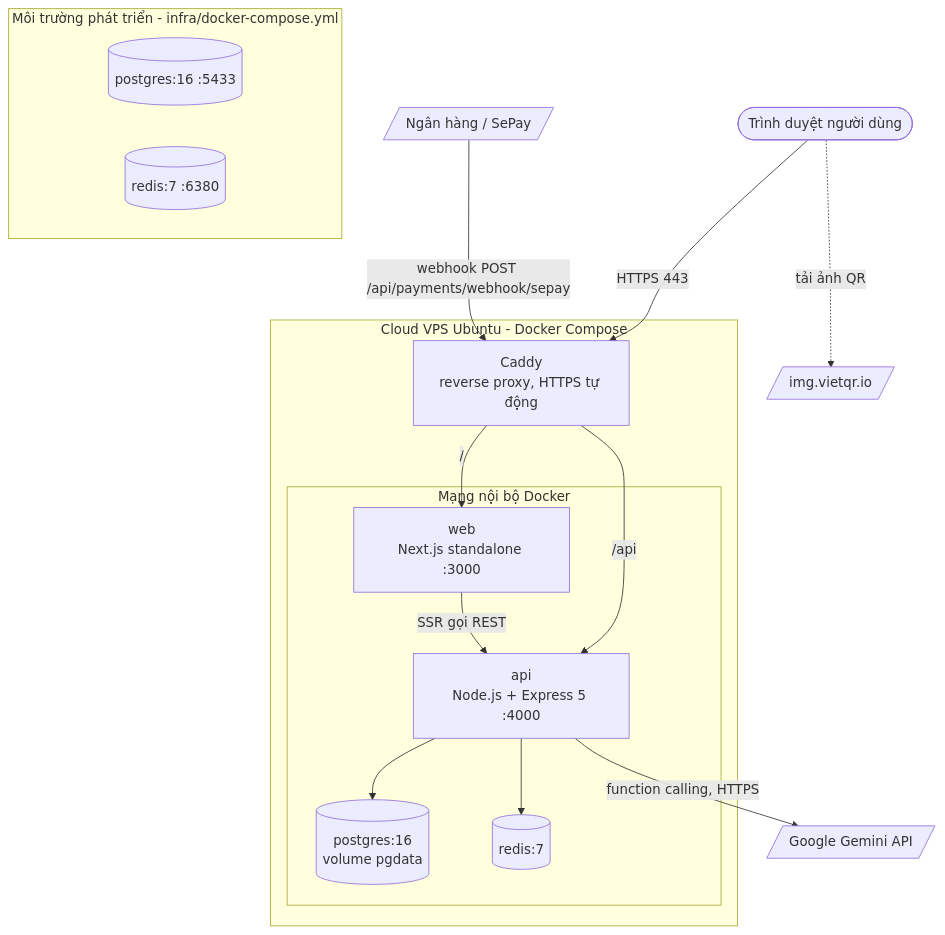
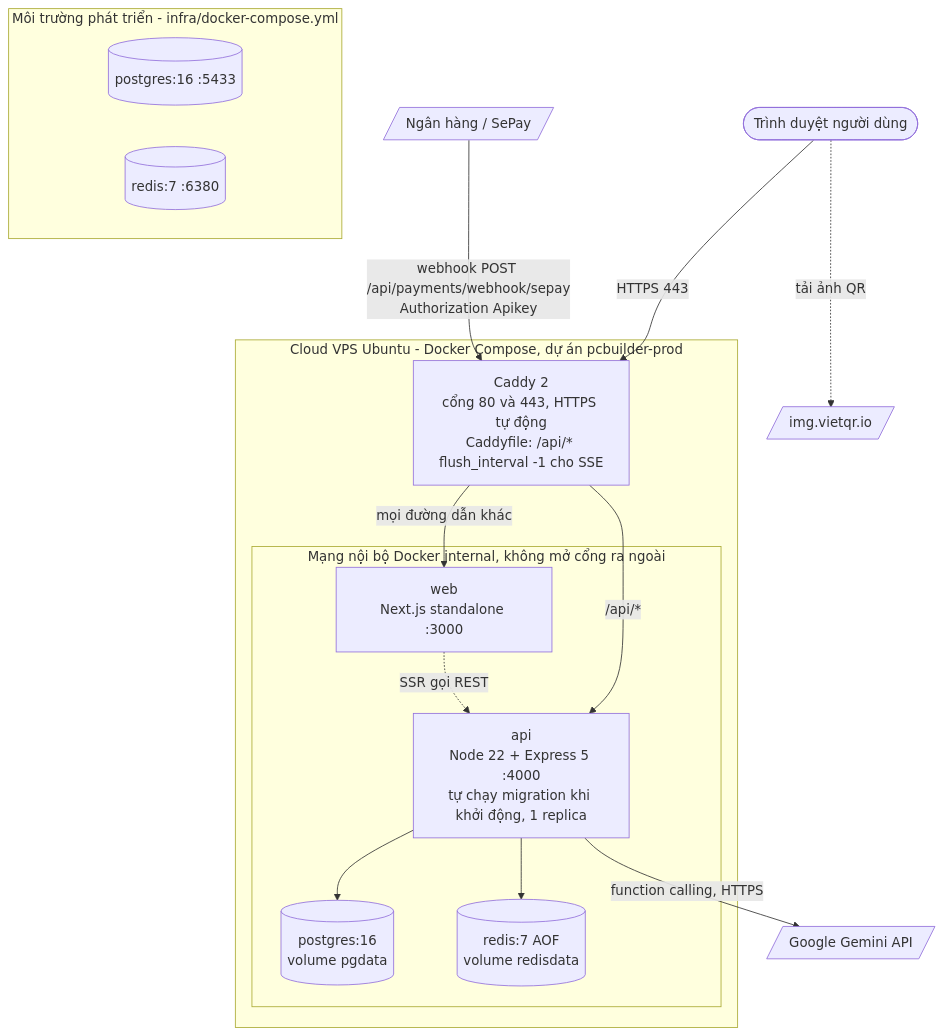
The diagram in docs/diagrams/deployment.mmd (Okeanosu/pc-builder), drawn with Mermaid before and after one commit. The commit also changed 7 other files, not shown here.

Commit message:
docs(diagrams): sync ERD, engine classes, AI advisor and checkout sequences, order states and deployment with the code

```diff
--- a/docs/diagrams/deployment.mmd
+++ b/docs/diagrams/deployment.mmd
@@ -1,30 +1,30 @@
 flowchart TB
   user([Trình duyệt người dùng])
   bank[/Ngân hàng / SePay/]
   vietqr[/img.vietqr.io/]
   gemini[/Google Gemini API/]
 
-  subgraph VPS[Cloud VPS Ubuntu - Docker Compose]
-    caddy[Caddy<br/>reverse proxy, HTTPS tự động]
-    subgraph NET[Mạng nội bộ Docker]
+  subgraph VPS[Cloud VPS Ubuntu - Docker Compose, dự án pcbuilder-prod]
+    caddy[Caddy 2<br/>cổng 80 và 443, HTTPS tự động<br/>Caddyfile: /api/* flush_interval -1 cho SSE]
+    subgraph NET[Mạng nội bộ Docker internal, không mở cổng ra ngoài]
       web[web<br/>Next.js standalone :3000]
-      api[api<br/>Node.js + Express 5 :4000]
+      api[api<br/>Node 22 + Express 5 :4000<br/>tự chạy migration khi khởi động, 1 replica]
       pg[(postgres:16<br/>volume pgdata)]
-      redis[(redis:7)]
+      redis[(redis:7 AOF<br/>volume redisdata)]
     end
   end
 
   user -->|HTTPS 443| caddy
-  caddy -->|/| web
-  caddy -->|/api| api
-  web -->|SSR gọi REST| api
+  caddy -->|mọi đường dẫn khác| web
+  caddy -->|/api/*| api
+  web -.->|SSR gọi REST| api
   api --> pg
   api --> redis
   api -->|function calling, HTTPS| gemini
-  bank -->|webhook POST /api/payments/webhook/sepay| caddy
+  bank -->|webhook POST /api/payments/webhook/sepay<br/>Authorization Apikey| caddy
   user -.->|tải ảnh QR| vietqr
 
   subgraph DEV[Môi trường phát triển - infra/docker-compose.yml]
     devpg[(postgres:16 :5433)]
     devredis[(redis:7 :6380)]
   end
```
